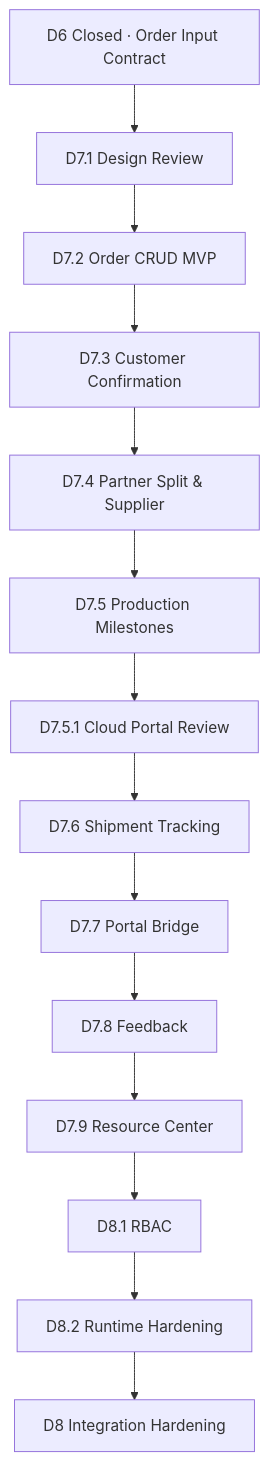
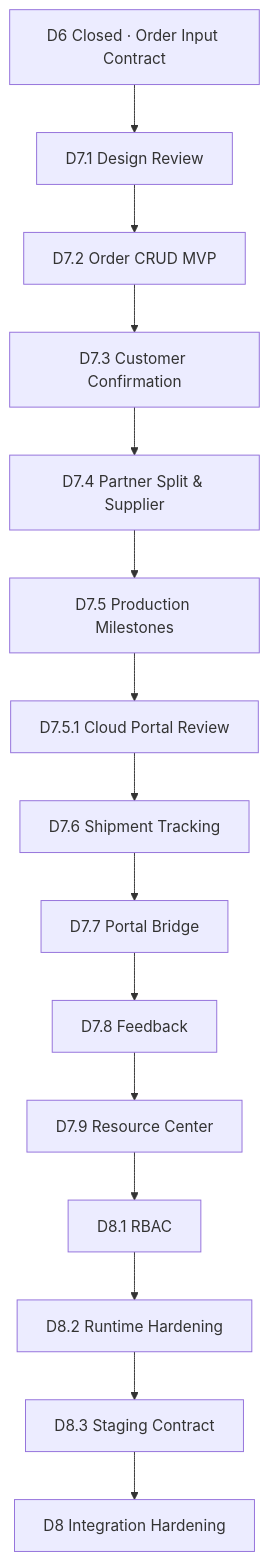
The diagram in docs/phase3/phase3_roadmap.md (StefanoJIA/PartnerOS), drawn with Mermaid before and after one commit. The commit also changed other lines of this file and 6 other files, not shown here.

Commit message:
test(portal): add D8.3 staging contract runner

````diff
--- a/docs/phase3/phase3_roadmap.md
+++ b/docs/phase3/phase3_roadmap.md
@@ -42,31 +43,33 @@
 ```mermaid
 flowchart TD
   D6[D6 Closed · Order Input Contract]
   D71[D7.1 Design Review]
   D72[D7.2 Order CRUD MVP]
   D73[D7.3 Customer Confirmation]
   D74[D7.4 Partner Split & Supplier]
   D75[D7.5 Production Milestones]
   D751[D7.5.1 Cloud Portal Review]
   D76[D7.6 Shipment Tracking]
   D77[D7.7 Portal Bridge]
   D78[D7.8 Feedback]
   D79[D7.9 Resource Center]
   D81[D8.1 RBAC]
   D82[D8.2 Runtime Hardening]
+  D83[D8.3 Staging Contract]
   D8[D8 Integration Hardening]
 
   D6 --> D71
   D71 --> D72
   D72 --> D73
   D73 --> D74
   D74 --> D75
   D75 --> D751
   D751 --> D76
   D76 --> D77
   D77 --> D78
   D78 --> D79
   D79 --> D81
   D81 --> D82
-  D82 --> D8
+  D82 --> D83
+  D83 --> D8
 ```
````
